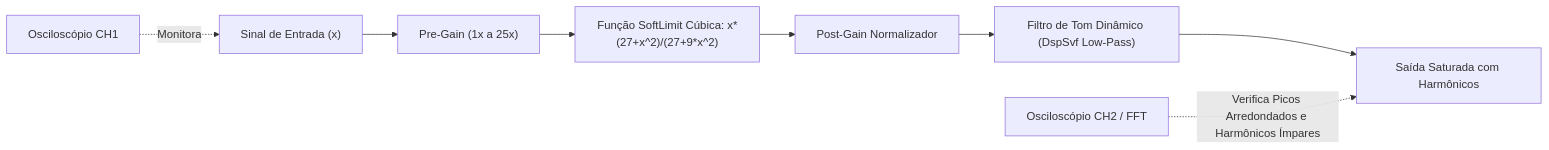
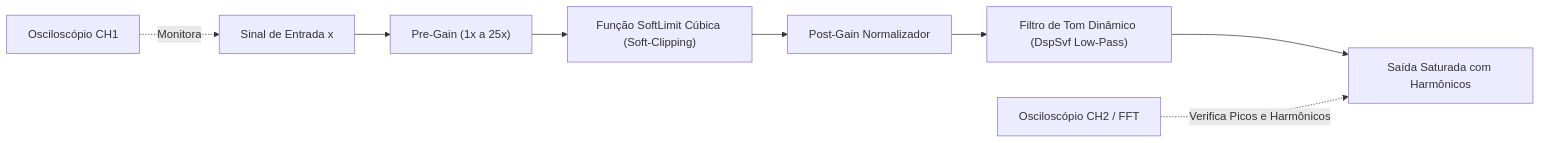
One commit to Rodriguesmath/Pedaleira-digital changed the fourth of 8 diagrams in docs/code/plano_testes_bancada_efeitos.md. Above: the diagram before and after it, drawn with Mermaid. The commit also changed other lines of this file, not shown here.

First line of the commit message:
fix(docs): corrige sintaxe Mermaid nos diagramas do plano de testes

````diff
--- a/docs/code/plano_testes_bancada_efeitos.md
+++ b/docs/code/plano_testes_bancada_efeitos.md
@@ -122,11 +122,11 @@
 ```mermaid
 flowchart LR
-    IN["Sinal de Entrada (x)"] --> PRE["Pre-Gain (1x a 25x)"]
-    PRE --> CLIP["Função SoftLimit Cúbica: x*(27+x^2)/(27+9*x^2)"]
+    IN["Sinal de Entrada x"] --> PRE["Pre-Gain (1x a 25x)"]
+    PRE --> CLIP["Função SoftLimit Cúbica (Soft-Clipping)"]
     CLIP --> POST["Post-Gain Normalizador"]
     POST --> TONE["Filtro de Tom Dinâmico (DspSvf Low-Pass)"]
     TONE --> OUT["Saída Saturada com Harmônicos"]
 
-    CH1_OBS["Osciloscópio CH1"] -.->|"Monitora"| IN
-    CH2_OBS["Osciloscópio CH2 / FFT"] -.->|"Verifica Picos Arredondados e Harmônicos Ímpares"| OUT
+    CH1_OBS["Osciloscópio CH1"] -.->|Monitora| IN
+    CH2_OBS["Osciloscópio CH2 / FFT"] -.->|Verifica Picos e Harmônicos| OUT
 ```
````
